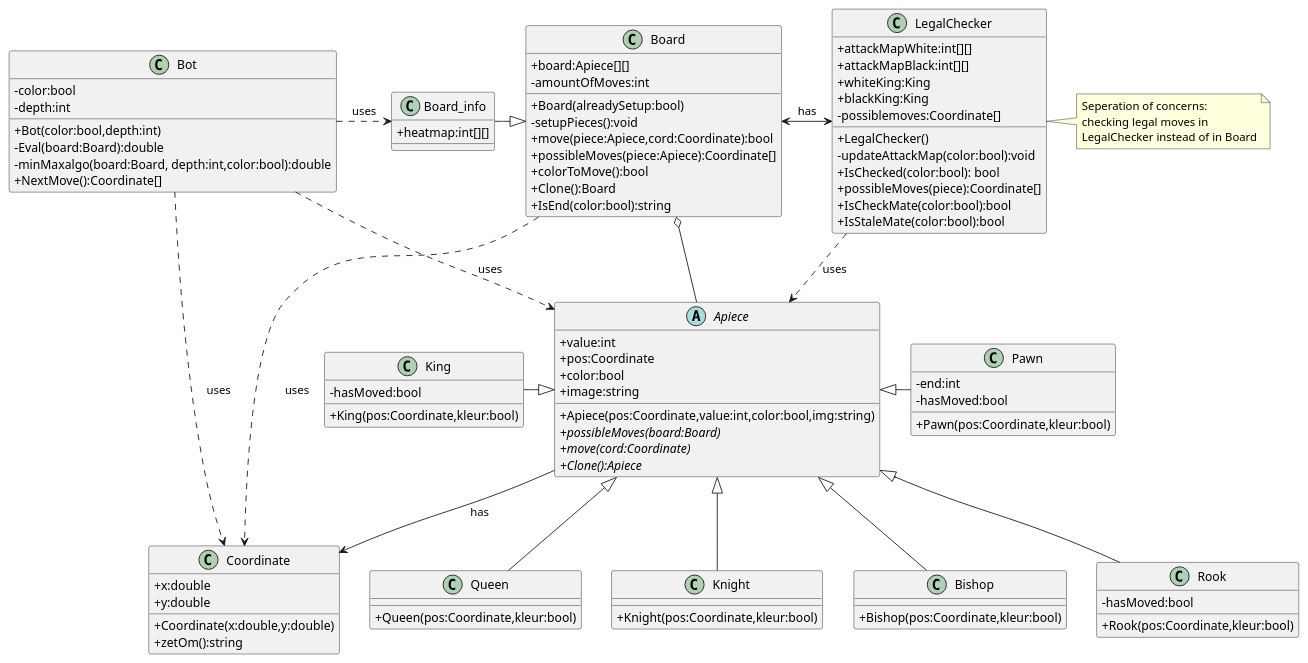
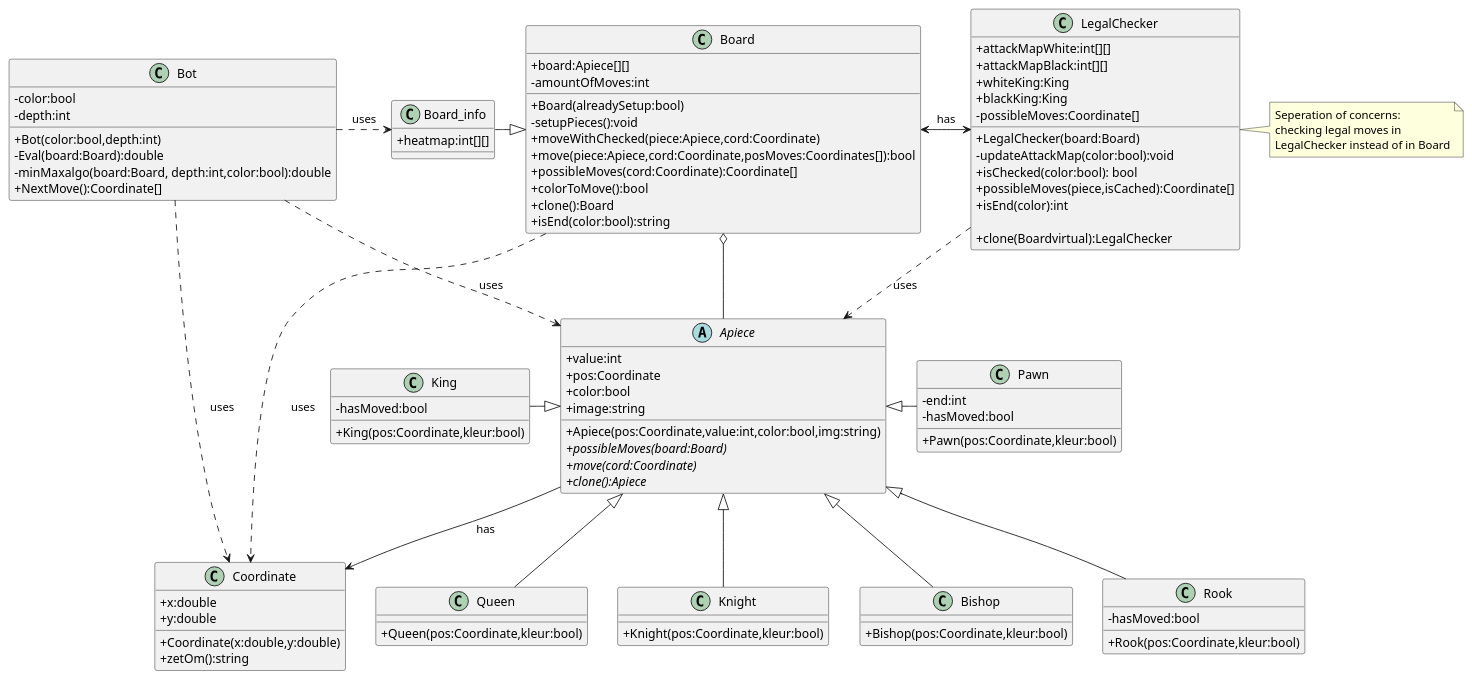
One commit to wiebe-vandendriessche/schaken changed the diagram in puml_chess/Modelgame.puml. Above: the diagram before and after it, drawn with PlantUML. The commit also changed 4 other files, not shown here.

Commit message:
Complete implementation of legalChecker with isEnd

```diff
--- a/puml_chess/Modelgame.puml
+++ b/puml_chess/Modelgame.puml
@@ -1,102 +1,104 @@
 @startuml Model chessgame
 skinparam classAttributeIconSize 0
 class Board {
     +board:Apiece[][]
     -amountOfMoves:int
     +Board(alreadySetup:bool)
     -setupPieces():void
-    +move(piece:Apiece,cord:Coordinate):bool
-    +possibleMoves(piece:Apiece):Coordinate[]
+    +moveWithChecked(piece:Apiece,cord:Coordinate)
+    +move(piece:Apiece,cord:Coordinate,posMoves:Coordinates[]):bool
+    +possibleMoves(cord:Coordinate):Coordinate[]
     +colorToMove():bool
-    +Clone():Board
-    +IsEnd(color:bool):string
+    +clone():Board
+    +isEnd(color:bool):string
 }
 abstract class Apiece {
     +value:int
     +pos:Coordinate
     +color:bool
     +image:string 
     +Apiece(pos:Coordinate,value:int,color:bool,img:string)
     +possibleMoves(board:Board) {abstract}
     +move(cord:Coordinate) {abstract}
-    +Clone():Apiece {abstract}
+    +clone():Apiece {abstract}
 
 }
 
 class Board_info{
     +heatmap:int[][]
 }
 
 class King{
     +King(pos:Coordinate,kleur:bool)
     -hasMoved:bool
     
 
 }
 class Queen{
     +Queen(pos:Coordinate,kleur:bool)
 }
 class Knight{
     +Knight(pos:Coordinate,kleur:bool)
 }
 class Bishop{
     +Bishop(pos:Coordinate,kleur:bool)
 }
 class Rook{
     -hasMoved:bool
     +Rook(pos:Coordinate,kleur:bool)
 }
 class Pawn{
     -end:int
 -hasMoved:bool
     +Pawn(pos:Coordinate,kleur:bool)
 }
 class Bot{
     -color:bool
     -depth:int
     + Bot(color:bool,depth:int)
     -Eval(board:Board):double
     -minMaxalgo(board:Board, depth:int,color:bool):double
     +NextMove():Coordinate[]
 }
 
 class Coordinate{
     +x:double
     +y:double
     +Coordinate(x:double,y:double)
     +zetOm():string
 }
 
 class LegalChecker{
     +attackMapWhite:int[][]
     +attackMapBlack:int[][]
     +whiteKing:King
     +blackKing:King
-    -possiblemoves:Coordinate[]
-    +LegalChecker()
+    -possibleMoves:Coordinate[]
+    +LegalChecker(board:Board)
     - updateAttackMap(color:bool):void
-    + IsChecked(color:bool): bool
-    + possibleMoves(piece):Coordinate[]
-    + IsCheckMate(color:bool):bool
-    + IsStaleMate(color:bool):bool
+    + isChecked(color:bool): bool
+    + possibleMoves(piece,isCached):Coordinate[]
+    + isEnd(color):int
+    
+    + clone(Boardvirtual):LegalChecker
 }
 note right : Seperation of concerns: \nchecking legal moves in \nLegalChecker instead of in Board
 
 
 Apiece <|-left-King
 Apiece <|--Queen
 Apiece <|--Bishop
 Apiece <|--Knight
 Apiece <|-- Rook
 Apiece <|-right-Pawn
 Board o-- Apiece
 Board <|-left- Board_info
 Apiece -->Coordinate:has 
 Board ..> Coordinate:uses
 Bot .right.>Board_info:uses
 Bot ..> Coordinate:uses
 Board<-right->LegalChecker:has
 LegalChecker..>Apiece:uses
 Bot..>Apiece:uses
 
 @enduml
```
